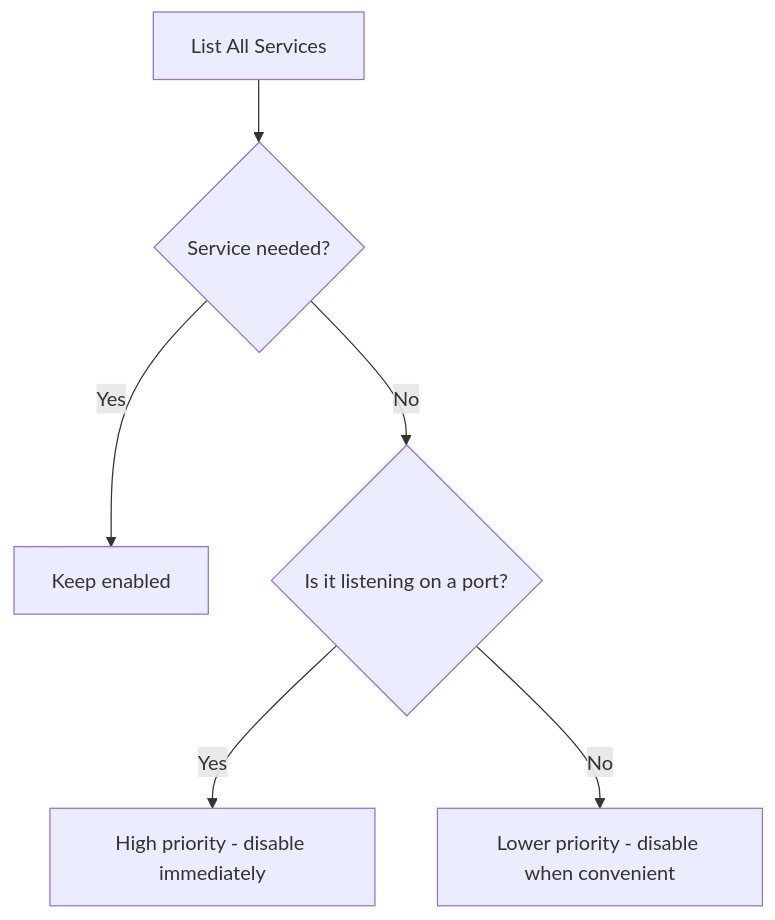
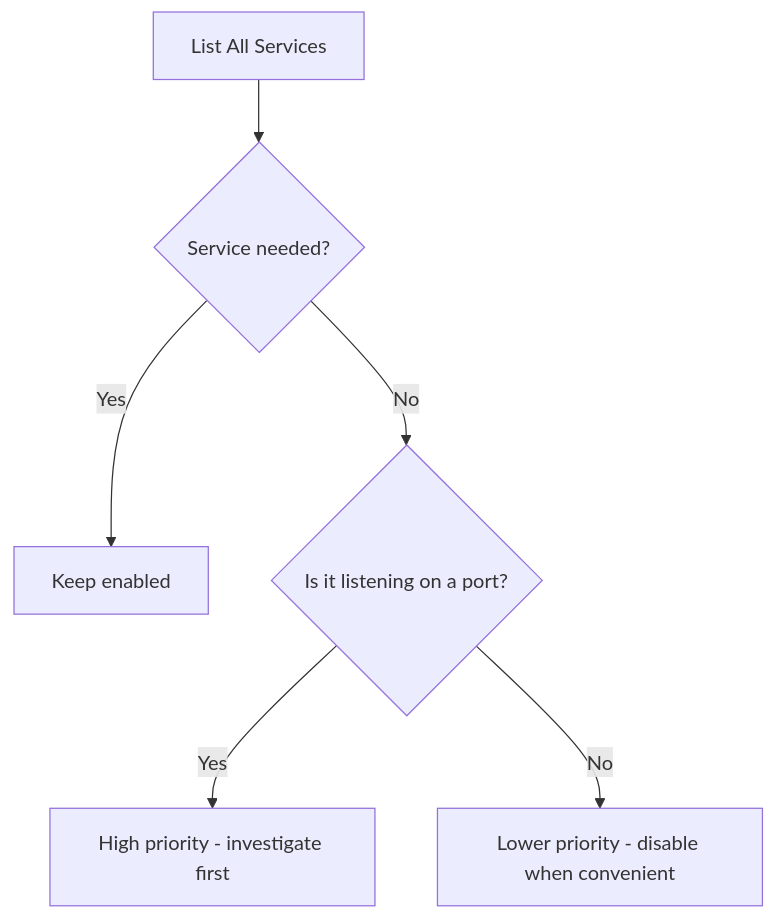
The diagram in posts/2026-03-04-disable-unused-services-daemons-security-rhel-9/README.md (OneUptime/blog), drawn with Mermaid before and after one commit. The commit also changed other lines of this file and 2 other files, not shown here.

Commit message:
validate: 2026-03-04-disable-unused-services-daemons-security-rhel-9

````diff
--- a/posts/2026-03-04-disable-unused-services-daemons-security-rhel-9/README.md
+++ b/posts/2026-03-04-disable-unused-services-daemons-security-rhel-9/README.md
@@ -28,8 +29,8 @@
 ```mermaid
 flowchart TD
     A[List All Services] --> B{Service needed?}
     B -->|Yes| C[Keep enabled]
     B -->|No| D{Is it listening on a port?}
-    D -->|Yes| E[High priority - disable immediately]
+    D -->|Yes| E[High priority - investigate first]
     D -->|No| F[Lower priority - disable when convenient]
 ```
````
